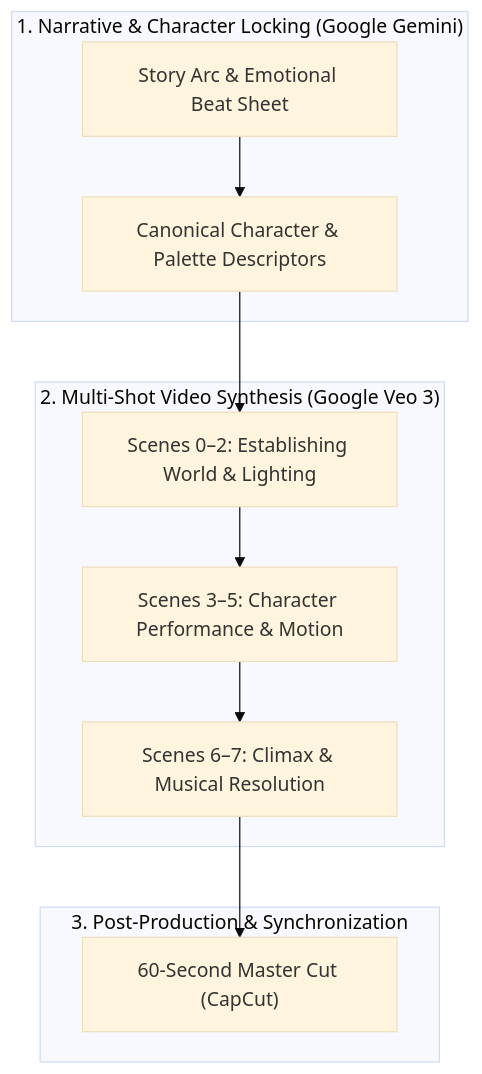
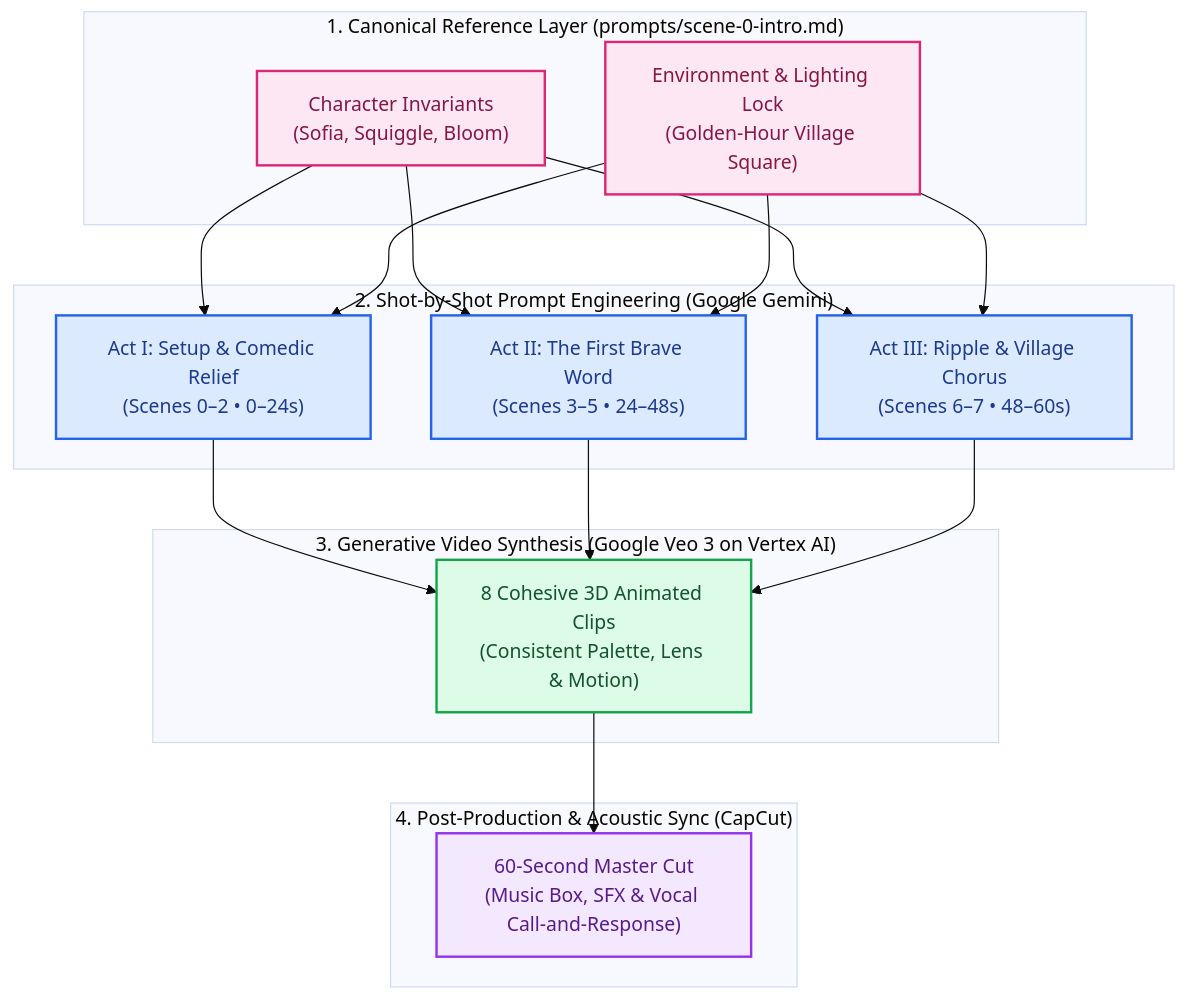
Before and after one commit to RobinaMirbahar/A-Gemini-Veo-3-Whimsical-Short: the diagram in README.md, drawn with Mermaid (base theme). The commit also changed other lines of this file, not shown here.

Commit message:
docs: upgrade README to structured multi-shot engineering layout with Author & Architect header

````diff
--- a/README.md
+++ b/README.md
@@ -35,16 +55,35 @@
 ```mermaid
 flowchart TD
-    subgraph Concept ["1. Narrative & Character Locking (Google Gemini)"]
-        C_Script["Story Arc & Emotional Beat Sheet"]
-        C_Char["Canonical Character & Palette Descriptors"]
+    subgraph Ref ["1. Canonical Reference Layer (prompts/scene-0-intro.md)"]
+        R_Char["Character Invariants<br/>(Sofia, Squiggle, Bloom)"]
+        R_Env["Environment & Lighting Lock<br/>(Golden-Hour Village Square)"]
     end
-    subgraph Veo ["2. Multi-Shot Video Synthesis (Google Veo 3)"]
-        V_S1["Scenes 0–2: Establishing World & Lighting"]
-        V_S2["Scenes 3–5: Character Performance & Motion"]
-        V_S3["Scenes 6–7: Climax & Musical Resolution"]
+
+    subgraph Gemini ["2. Shot-by-Shot Prompt Engineering (Google Gemini)"]
+        G_Act1["Act I: Setup & Comedic Relief<br/>(Scenes 0–2 • 0–24s)"]
+        G_Act2["Act II: The First Brave Word<br/>(Scenes 3–5 • 24–48s)"]
+        G_Act3["Act III: Ripple & Village Chorus<br/>(Scenes 6–7 • 48–60s)"]
     end
-    subgraph Final ["3. Post-Production & Synchronization"]
-        F_Cut["60-Second Master Cut (CapCut)"]
+
+    subgraph Veo ["3. Generative Video Synthesis (Google Veo 3 on Vertex AI)"]
+        V_Render["8 Cohesive 3D Animated Clips<br/>(Consistent Palette, Lens & Motion)"]
     end
-    C_Script --> C_Char --> V_S1 --> V_S2 --> V_S3 --> F_Cut
+
+    subgraph Post ["4. Post-Production & Acoustic Sync (CapCut)"]
+        P_Master["60-Second Master Cut<br/>(Music Box, SFX & Vocal Call-and-Response)"]
+    end
+
+    R_Char & R_Env --> G_Act1 & G_Act2 & G_Act3
+    G_Act1 --> V_Render
+    G_Act2 --> V_Render
+    G_Act3 --> V_Render
+    V_Render --> P_Master
+
+    style R_Char fill:#fce7f3,stroke:#db2777,stroke-width:2px,color:#831843
+    style R_Env fill:#fce7f3,stroke:#db2777,stroke-width:2px,color:#831843
+    style G_Act1 fill:#dbeafe,stroke:#2563eb,stroke-width:2px,color:#1e3a8a
+    style G_Act2 fill:#dbeafe,stroke:#2563eb,stroke-width:2px,color:#1e3a8a
+    style G_Act3 fill:#dbeafe,stroke:#2563eb,stroke-width:2px,color:#1e3a8a
+    style V_Render fill:#dcfce7,stroke:#16a34a,stroke-width:2px,color:#14532d
+    style P_Master fill:#f3e8ff,stroke:#9333ea,stroke-width:2px,color:#581c87
 ```
````
